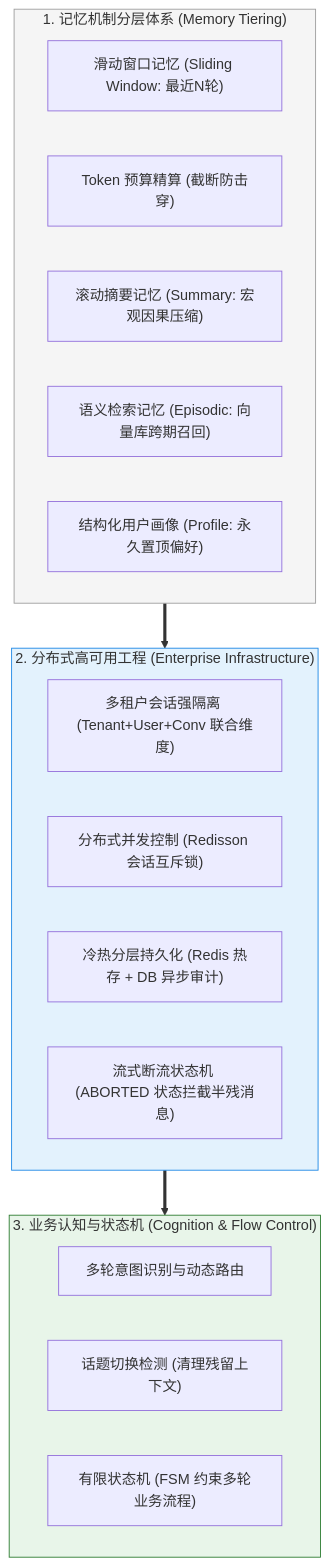
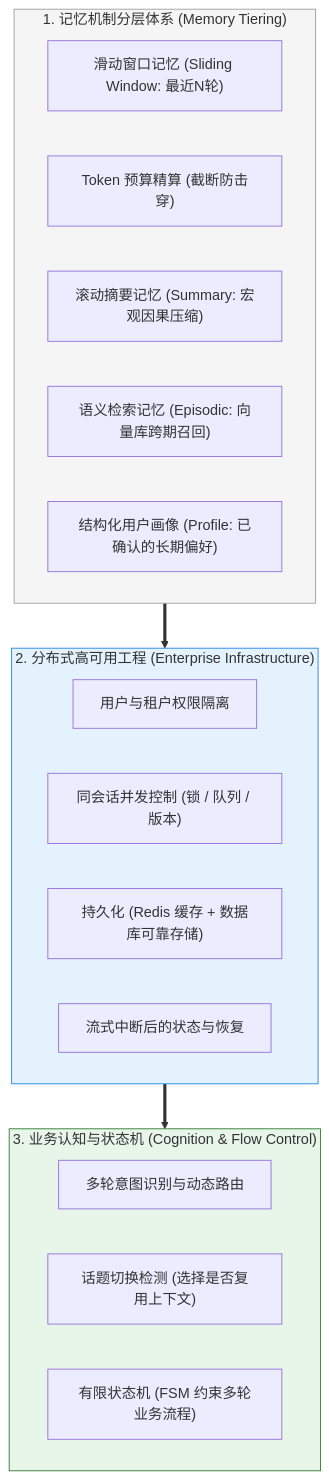
One commit to GuoWWWX/knowledge-base changed the diagram in 10-AI应用开发/04-多轮对话与上下文工程/99-本章总结与复习.md. Above: the diagram before and after it, drawn with Mermaid. The commit also changed other lines of this file and 368 other files, not shown here.

````diff
--- a/10-AI应用开发/04-多轮对话与上下文工程/99-本章总结与复习.md
+++ b/10-AI应用开发/04-多轮对话与上下文工程/99-本章总结与复习.md
@@ -24,30 +24,30 @@
 ```mermaid
 graph TD
     subgraph S1["1. 记忆机制分层体系 (Memory Tiering)"]
         WIN["滑动窗口记忆 (Sliding Window: 最近N轮)"]
         BUDGET["Token 预算精算 (截断防击穿)"]
         SUM["滚动摘要记忆 (Summary: 宏观因果压缩)"]
         EPISODE["语义检索记忆 (Episodic: 向量库跨期召回)"]
-        PROFILE["结构化用户画像 (Profile: 永久置顶偏好)"]
+        PROFILE["结构化用户画像 (Profile: 已确认的长期偏好)"]
     end
 
     subgraph S2["2. 分布式高可用工程 (Enterprise Infrastructure)"]
-        ISOLATE["多租户会话强隔离 (Tenant+User+Conv 联合维度)"]
-        LOCK["分布式并发控制 (Redisson 会话互斥锁)"]
-        PERSIST["冷热分层持久化 (Redis 热存 + DB 异步审计)"]
-        STREAM["流式断流状态机 (ABORTED 状态拦截半残消息)"]
+        ISOLATE["用户与租户权限隔离"]
+        LOCK["同会话并发控制 (锁 / 队列 / 版本)"]
+        PERSIST["持久化 (Redis 缓存 + 数据库可靠存储)"]
+        STREAM["流式中断后的状态与恢复"]
     end
 
     subgraph S3["3. 业务认知与状态机 (Cognition & Flow Control)"]
         INTENT["多轮意图识别与动态路由"]
-        SHIFT["话题切换检测 (清理残留上下文)"]
+        SHIFT["话题切换检测 (选择是否复用上下文)"]
         FSM["有限状态机 (FSM 约束多轮业务流程)"]
     end
 
     S1 ==> S2
     S2 ==> S3
 
     style S1 fill:#f5f5f5,stroke:#9e9e9e,stroke-width:1px
     style S2 fill:#e3f2fd,stroke:#1e88e5,stroke-width:1px
     style S3 fill:#e8f5e9,stroke:#2e7d32,stroke-width:1px
 ```
````
